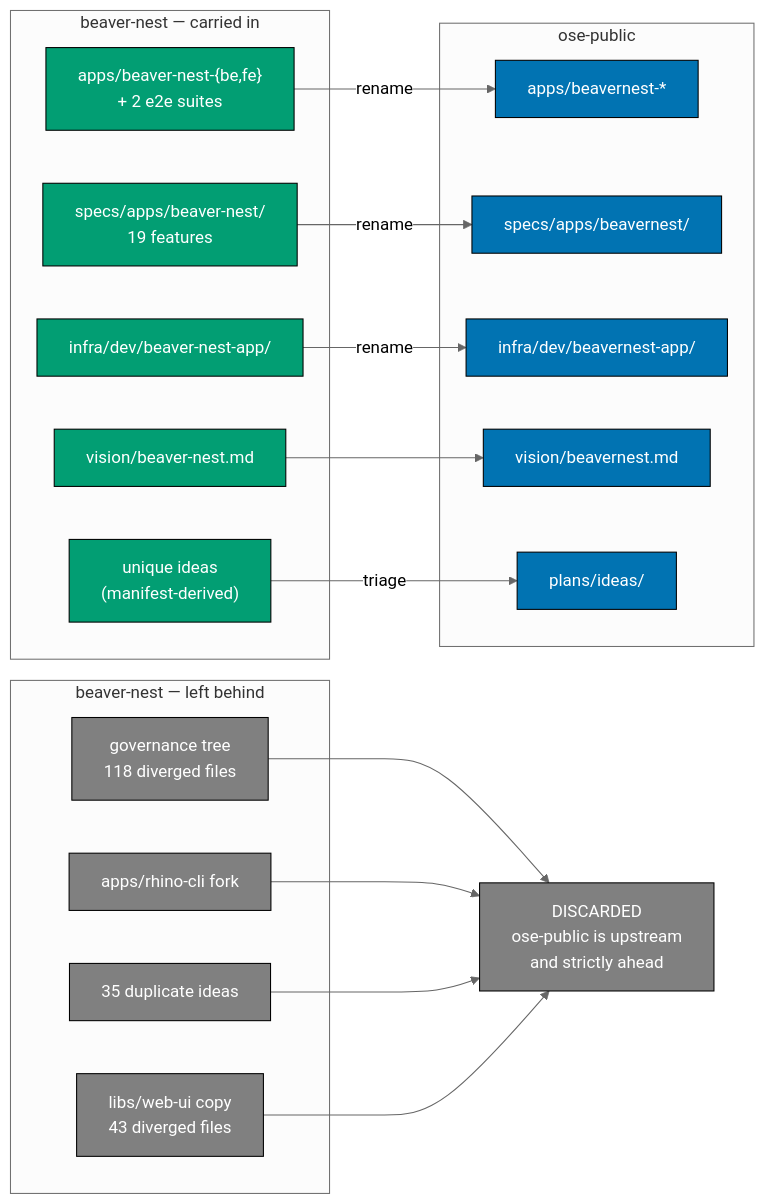
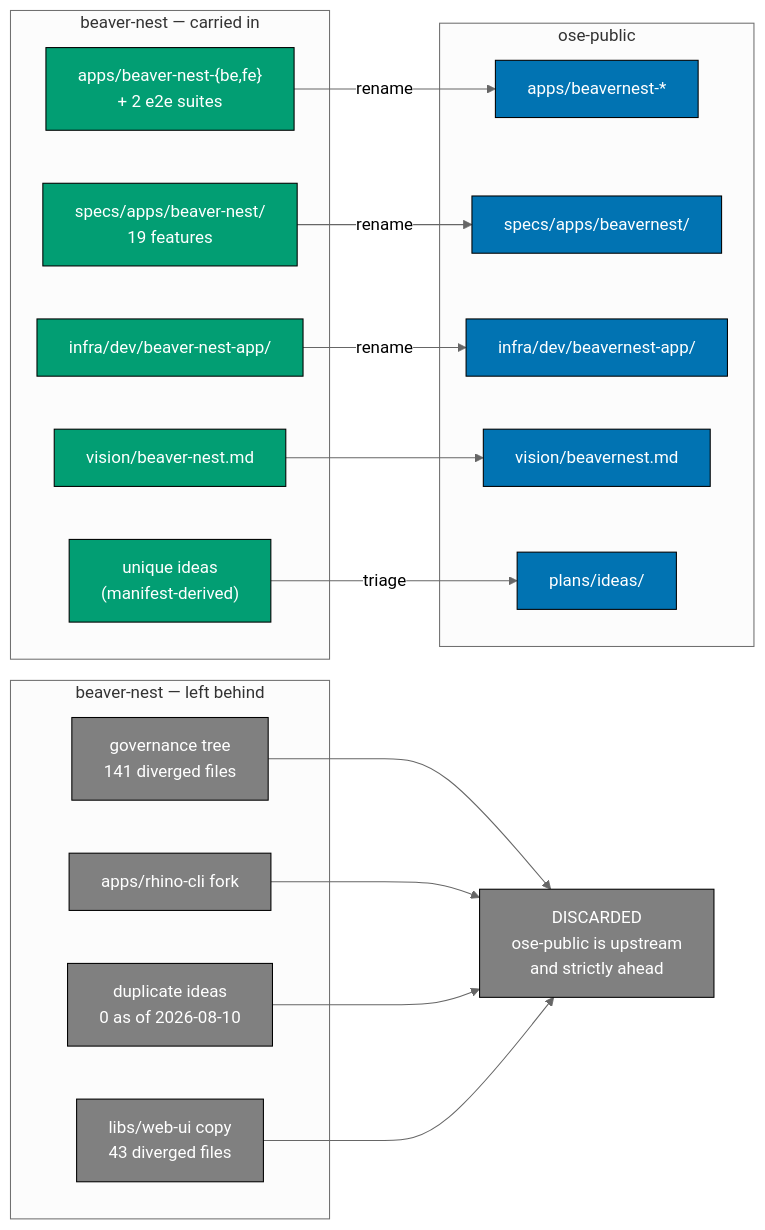
The second of 5 diagrams in plans/in-progress/beaver-nest-repo-consolidation/tech-docs.md (wahidyankf/open-sharia-fintech), drawn with Mermaid (neutral theme) before and after one commit. The commit also changed other lines of this file and 2 other files, not shown here.

````diff
--- a/plans/in-progress/beaver-nest-repo-consolidation/tech-docs.md
+++ b/plans/in-progress/beaver-nest-repo-consolidation/tech-docs.md
@@ -52,44 +52,44 @@
 ```mermaid
 flowchart LR
     subgraph Carried["beaver-nest — carried in"]
         S1["apps/beaver-nest-{be,fe}<br/>+ 2 e2e suites"]
         S2["specs/apps/beaver-nest/<br/>19 features"]
         S3["infra/dev/beaver-nest-app/"]
         S4["vision/beaver-nest.md"]
         S5["unique ideas<br/>(manifest-derived)"]
     end
 
     subgraph Dropped["beaver-nest — left behind"]
-        S6["governance tree<br/>118 diverged files"]
+        S6["governance tree<br/>141 diverged files"]
         S7["apps/rhino-cli fork"]
-        S8["35 duplicate ideas"]
+        S8["duplicate ideas<br/>0 as of 2026-08-10"]
         S9["libs/web-ui copy<br/>43 diverged files"]
     end
 
     subgraph Target["ose-public"]
         T1["apps/beavernest-*"]
         T2["specs/apps/beavernest/"]
         T3["infra/dev/beavernest-app/"]
         T4["vision/beavernest.md"]
         T5["plans/ideas/"]
     end
 
     Discard["DISCARDED<br/>ose-public is upstream<br/>and strictly ahead"]
 
     S1 -->|rename| T1
     S2 -->|rename| T2
     S3 -->|rename| T3
     S4 --> T4
     S5 -->|triage| T5
     S6 --> Discard
     S7 --> Discard
     S8 --> Discard
     S9 --> Discard
 
     classDef carry fill:#029E73,stroke:#000000,color:#FFFFFF
     classDef drop fill:#808080,stroke:#000000,color:#FFFFFF
     classDef dest fill:#0173B2,stroke:#000000,color:#FFFFFF
     class S1,S2,S3,S4,S5 carry
     class S6,S7,S8,S9,Discard drop
     class T1,T2,T3,T4,T5 dest
 ```
````
